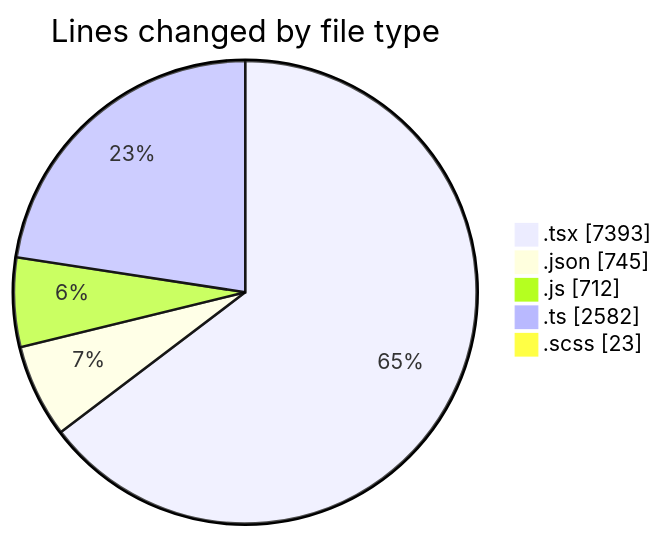
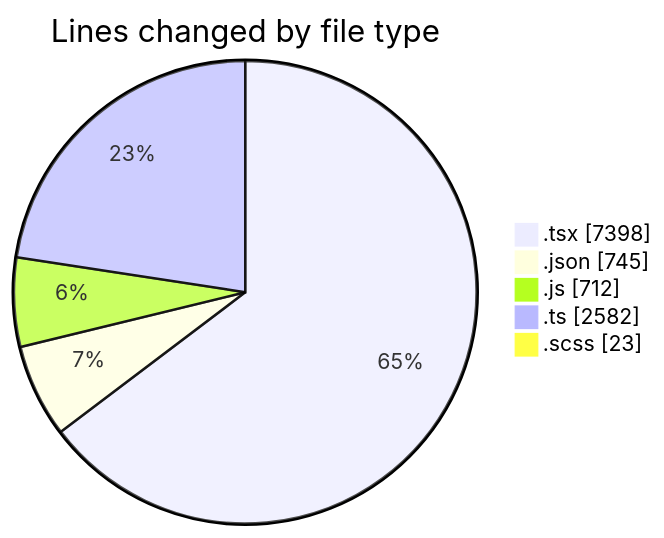
One commit to momahboobian/code-tracking changed the first of 2 diagrams in 2026-08-07/cda/README.md. Above: the diagram before and after it, drawn with Mermaid. The commit also changed other lines of this file and 1 other file, not shown here.

````diff
--- a/2026-08-07/cda/README.md
+++ b/2026-08-07/cda/README.md
@@ -35,9 +35,9 @@
 ```mermaid
 pie showData
 title Lines changed by file type
-".tsx" : 7393
+".tsx" : 7398
 ".json" : 745
 ".js" : 712
 ".ts" : 2582
 ".scss" : 23
 ```
````
